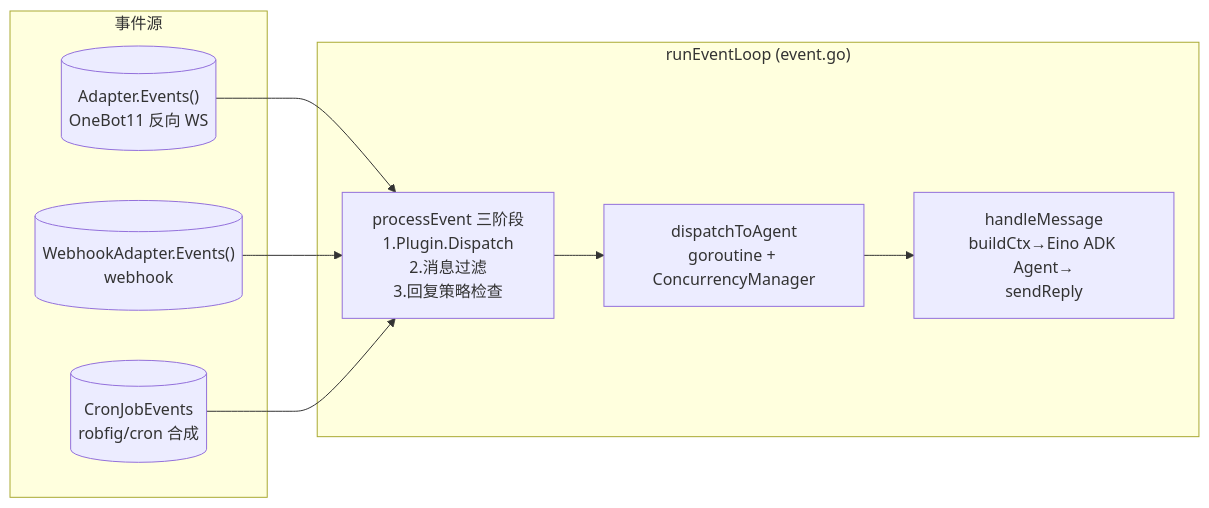
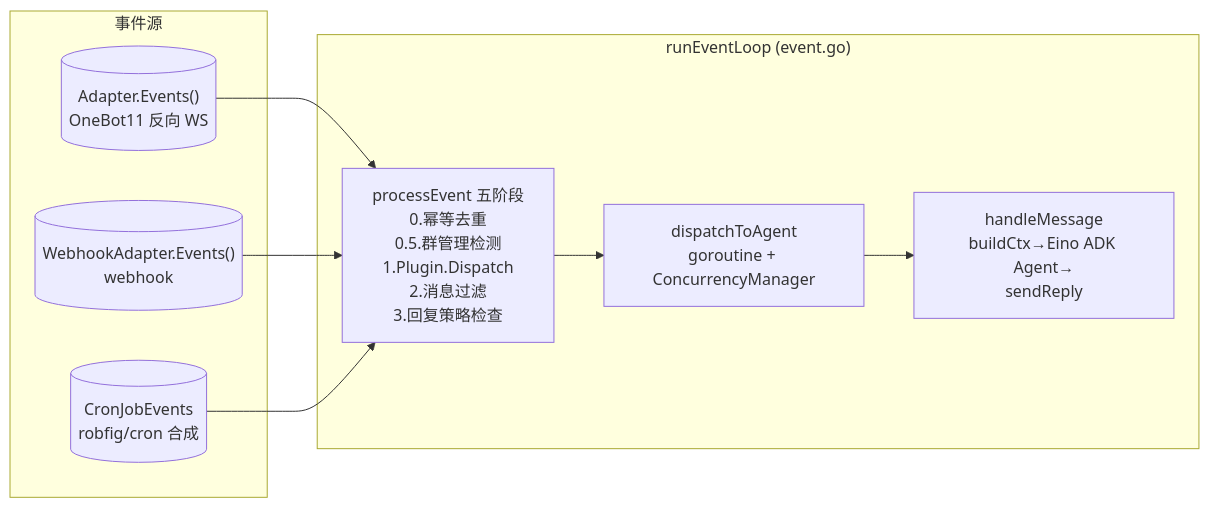
Before and after one commit to TuF3i/JuanNiang-Docs: the third of 26 diagrams in docs/development/architecture.md, drawn with Mermaid. The commit also changed other lines of this file and 5 other files, not shown here.

````diff
--- a/docs/development/architecture.md
+++ b/docs/development/architecture.md
@@ -137,17 +137,17 @@
 ```mermaid
 flowchart LR
   subgraph Sources["事件源"]
     OB[("Adapter.Events()<br/>OneBot11 反向 WS")]
     WH[("WebhookAdapter.Events()<br/>webhook")]
     CJ[("CronJobEvents<br/>robfig/cron 合成")]
   end
   subgraph Loop["runEventLoop (event.go)"]
-    PE["processEvent 三阶段<br/>1.Plugin.Dispatch<br/>2.消息过滤<br/>3.回复策略检查"]
+    PE["processEvent 五阶段<br/>0.幂等去重<br/>0.5.群管理检测<br/>1.Plugin.Dispatch<br/>2.消息过滤<br/>3.回复策略检查"]
     DA["dispatchToAgent<br/>goroutine + ConcurrencyManager"]
     HM["handleMessage<br/>buildCtx→Eino ADK Agent→<br/>sendReply"]
   end
   OB --> PE
   WH --> PE
   CJ --> PE
   PE --> DA --> HM
 ```
````
